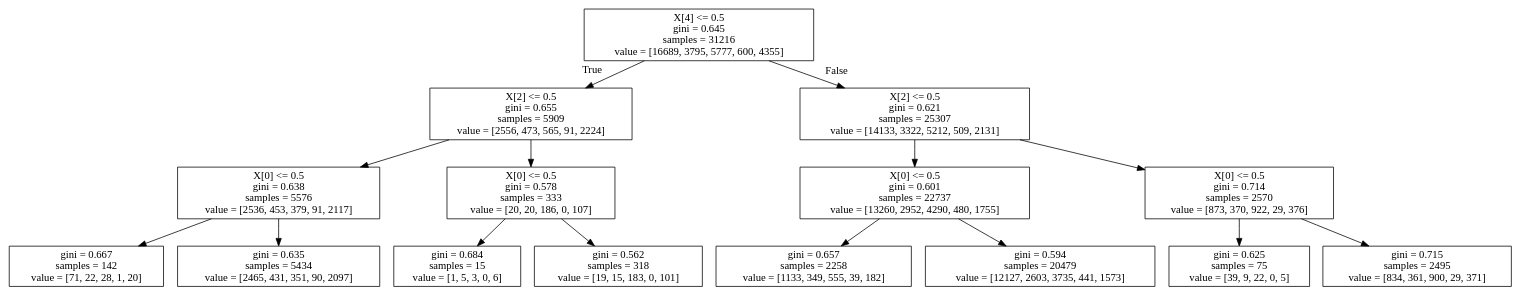
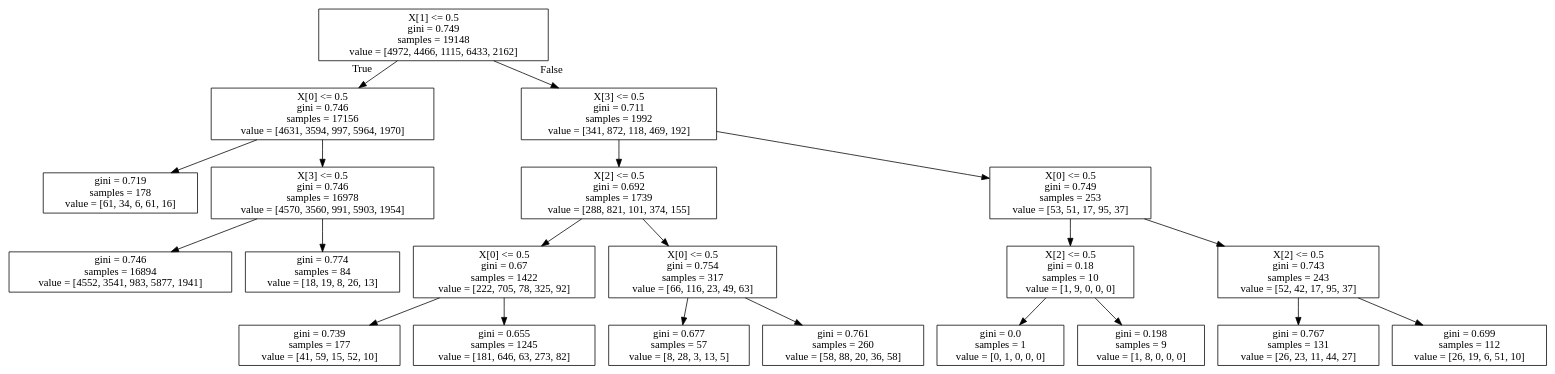
Before and after one commit to jesbu1/viper: the diagram in data/karel/ppo/0000r4+env_task=topOff+max_depth=15+n_batch_rollou=10+max_samples=100000+max_iters=80+train_frac=0.8+is_reweight=False0.50.5/dt_policy.dot, drawn with Graphviz. The commit also changed 60 other files, not shown here.

```diff
--- a/data/karel/ppo/0000r4+env_task=topOff+max_depth=15+n_batch_rollou=10+max_samples=100000+max_iters=80+train_frac=0.8+is_reweight=False0.50.5/dt_policy.dot
+++ b/data/karel/ppo/0000r4+env_task=topOff+max_depth=15+n_batch_rollou=10+max_samples=100000+max_iters=80+train_frac=0.8+is_reweight=False0.50.5/dt_policy.dot
@@ -1,32 +1,44 @@
 digraph Tree {
 node [shape=box] ;
-0 [label="X[4] <= 0.5\ngini = 0.645\nsamples = 31216\nvalue = [16689, 3795, 5777, 600, 4355]"] ;
-1 [label="X[2] <= 0.5\ngini = 0.655\nsamples = 5909\nvalue = [2556, 473, 565, 91, 2224]"] ;
+0 [label="X[1] <= 0.5\ngini = 0.749\nsamples = 19148\nvalue = [4972, 4466, 1115, 6433, 2162]"] ;
+1 [label="X[0] <= 0.5\ngini = 0.746\nsamples = 17156\nvalue = [4631, 3594, 997, 5964, 1970]"] ;
 0 -> 1 [labeldistance=2.5, labelangle=45, headlabel="True"] ;
-2 [label="X[0] <= 0.5\ngini = 0.638\nsamples = 5576\nvalue = [2536, 453, 379, 91, 2117]"] ;
+2 [label="gini = 0.719\nsamples = 178\nvalue = [61, 34, 6, 61, 16]"] ;
 1 -> 2 ;
-3 [label="gini = 0.667\nsamples = 142\nvalue = [71, 22, 28, 1, 20]"] ;
-2 -> 3 ;
-4 [label="gini = 0.635\nsamples = 5434\nvalue = [2465, 431, 351, 90, 2097]"] ;
-2 -> 4 ;
-5 [label="X[0] <= 0.5\ngini = 0.578\nsamples = 333\nvalue = [20, 20, 186, 0, 107]"] ;
-1 -> 5 ;
-6 [label="gini = 0.684\nsamples = 15\nvalue = [1, 5, 3, 0, 6]"] ;
-5 -> 6 ;
-7 [label="gini = 0.562\nsamples = 318\nvalue = [19, 15, 183, 0, 101]"] ;
-5 -> 7 ;
-8 [label="X[2] <= 0.5\ngini = 0.621\nsamples = 25307\nvalue = [14133, 3322, 5212, 509, 2131]"] ;
-0 -> 8 [labeldistance=2.5, labelangle=-45, headlabel="False"] ;
-9 [label="X[0] <= 0.5\ngini = 0.601\nsamples = 22737\nvalue = [13260, 2952, 4290, 480, 1755]"] ;
+3 [label="X[3] <= 0.5\ngini = 0.746\nsamples = 16978\nvalue = [4570, 3560, 991, 5903, 1954]"] ;
+1 -> 3 ;
+4 [label="gini = 0.746\nsamples = 16894\nvalue = [4552, 3541, 983, 5877, 1941]"] ;
+3 -> 4 ;
+5 [label="gini = 0.774\nsamples = 84\nvalue = [18, 19, 8, 26, 13]"] ;
+3 -> 5 ;
+6 [label="X[3] <= 0.5\ngini = 0.711\nsamples = 1992\nvalue = [341, 872, 118, 469, 192]"] ;
+0 -> 6 [labeldistance=2.5, labelangle=-45, headlabel="False"] ;
+7 [label="X[2] <= 0.5\ngini = 0.692\nsamples = 1739\nvalue = [288, 821, 101, 374, 155]"] ;
+6 -> 7 ;
+8 [label="X[0] <= 0.5\ngini = 0.67\nsamples = 1422\nvalue = [222, 705, 78, 325, 92]"] ;
+7 -> 8 ;
+9 [label="gini = 0.739\nsamples = 177\nvalue = [41, 59, 15, 52, 10]"] ;
 8 -> 9 ;
-10 [label="gini = 0.657\nsamples = 2258\nvalue = [1133, 349, 555, 39, 182]"] ;
-9 -> 10 ;
-11 [label="gini = 0.594\nsamples = 20479\nvalue = [12127, 2603, 3735, 441, 1573]"] ;
-9 -> 11 ;
-12 [label="X[0] <= 0.5\ngini = 0.714\nsamples = 2570\nvalue = [873, 370, 922, 29, 376]"] ;
-8 -> 12 ;
-13 [label="gini = 0.625\nsamples = 75\nvalue = [39, 9, 22, 0, 5]"] ;
-12 -> 13 ;
-14 [label="gini = 0.715\nsamples = 2495\nvalue = [834, 361, 900, 29, 371]"] ;
-12 -> 14 ;
+10 [label="gini = 0.655\nsamples = 1245\nvalue = [181, 646, 63, 273, 82]"] ;
+8 -> 10 ;
+11 [label="X[0] <= 0.5\ngini = 0.754\nsamples = 317\nvalue = [66, 116, 23, 49, 63]"] ;
+7 -> 11 ;
+12 [label="gini = 0.677\nsamples = 57\nvalue = [8, 28, 3, 13, 5]"] ;
+11 -> 12 ;
+13 [label="gini = 0.761\nsamples = 260\nvalue = [58, 88, 20, 36, 58]"] ;
+11 -> 13 ;
+14 [label="X[0] <= 0.5\ngini = 0.749\nsamples = 253\nvalue = [53, 51, 17, 95, 37]"] ;
+6 -> 14 ;
+15 [label="X[2] <= 0.5\ngini = 0.18\nsamples = 10\nvalue = [1, 9, 0, 0, 0]"] ;
+14 -> 15 ;
+16 [label="gini = 0.0\nsamples = 1\nvalue = [0, 1, 0, 0, 0]"] ;
+15 -> 16 ;
+17 [label="gini = 0.198\nsamples = 9\nvalue = [1, 8, 0, 0, 0]"] ;
+15 -> 17 ;
+18 [label="X[2] <= 0.5\ngini = 0.743\nsamples = 243\nvalue = [52, 42, 17, 95, 37]"] ;
+14 -> 18 ;
+19 [label="gini = 0.767\nsamples = 131\nvalue = [26, 23, 11, 44, 27]"] ;
+18 -> 19 ;
+20 [label="gini = 0.699\nsamples = 112\nvalue = [26, 19, 6, 51, 10]"] ;
+18 -> 20 ;
 }
```
